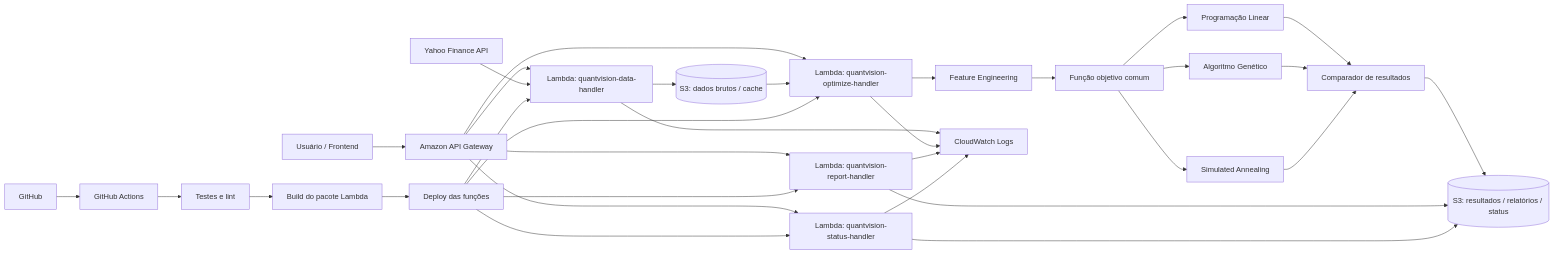
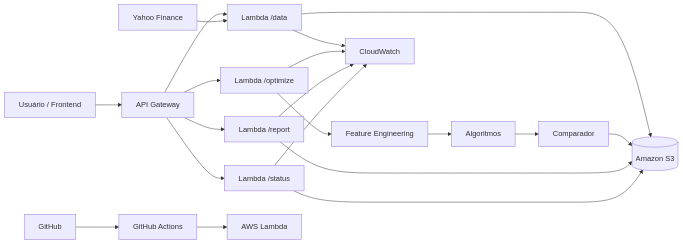
Before and after one commit to henrique340/Otimizador: the diagram in README.md, drawn with Mermaid. The commit also changed other lines of this file, not shown here.

````diff
--- a/README.md
+++ b/README.md
@@ -81,41 +51,28 @@
 ```mermaid
 flowchart LR
-    U[Usuário / Frontend] --> APIGW[Amazon API Gateway]
+    U[Usuário / Frontend] --> API[API Gateway]
 
-    APIGW --> DATA[Lambda: quantvision-data-handler]
-    APIGW --> OPT[Lambda: quantvision-optimize-handler]
-    APIGW --> REP[Lambda: quantvision-report-handler]
-    APIGW --> ST[Lambda: quantvision-status-handler]
+    API --> D[Lambda /data]
+    API --> O[Lambda /optimize]
+    API --> R[Lambda /report]
+    API --> ST[Lambda /status]
 
-    YF[Yahoo Finance API] --> DATA
-    DATA --> S3RAW[(S3: dados brutos / cache)]
-    S3RAW --> OPT
+    Y[Yahoo Finance] --> D
+    D --> S3[(Amazon S3)]
 
-    OPT --> FEAT[Feature Engineering]
-    FEAT --> OBJ[Função objetivo comum]
-    OBJ --> LP[Programação Linear]
-    OBJ --> GA[Algoritmo Genético]
-    OBJ --> SA[Simulated Annealing]
+    O --> F[Feature Engineering]
+    F --> A[Algoritmos]
+    A --> C[Comparador]
+    C --> S3
 
-    LP --> COMP[Comparador de resultados]
-    GA --> COMP
-    SA --> COMP
+    R --> S3
+    ST --> S3
 
-    COMP --> S3RES[(S3: resultados / relatórios / status)]
-    REP --> S3RES
-    ST --> S3RES
+    GH[GitHub] --> GA[GitHub Actions]
+    GA --> L[AWS Lambda]
 
-    DATA --> CW[CloudWatch Logs]
-    OPT --> CW
-    REP --> CW
+    D --> CW[CloudWatch]
+    O --> CW
+    R --> CW
     ST --> CW
-
-    GH[GitHub] --> GHA[GitHub Actions]
-    GHA --> TEST[Testes e lint]
-    TEST --> BUILD[Build do pacote Lambda]
-    BUILD --> DEPLOY[Deploy das funções]
-    DEPLOY --> DATA
-    DEPLOY --> OPT
-    DEPLOY --> REP
-    DEPLOY --> ST
 ```
````
